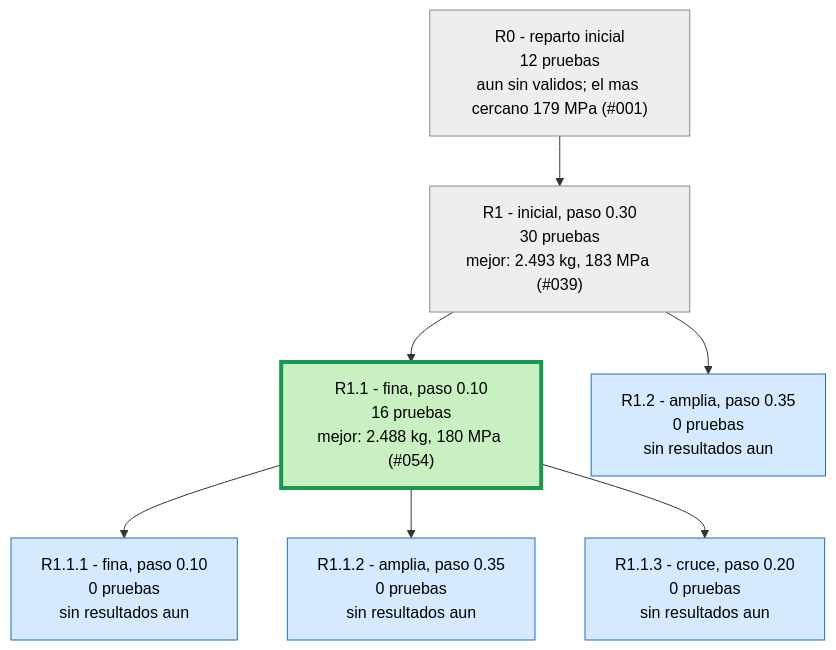
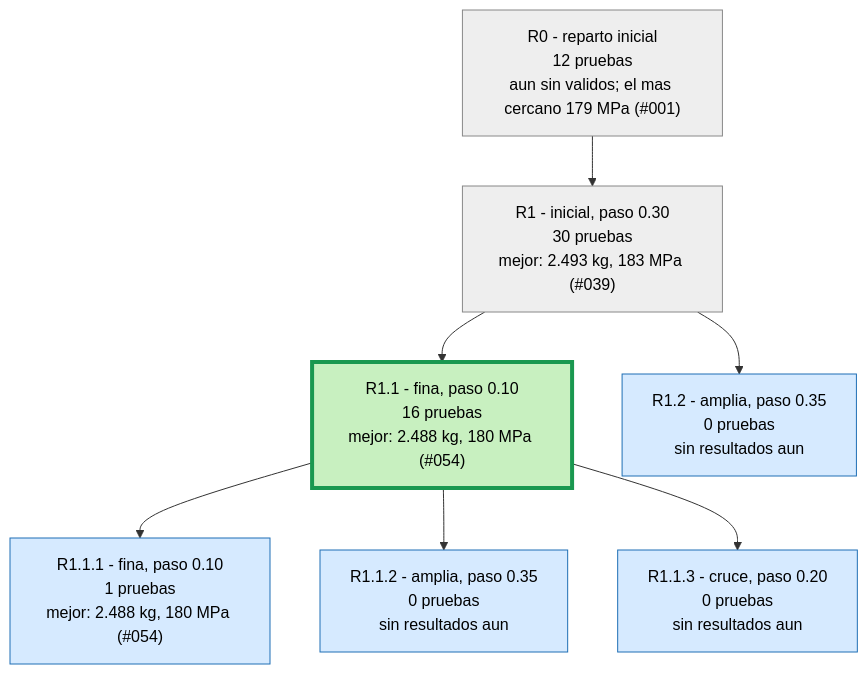
The second of 3 diagrams in runs/opt_37800N/ARBOL.md (Hugiko/msd-soporte-optimizacion), drawn with Mermaid before and after one commit. The commit also changed 21 other files, not shown here.

````diff
--- a/runs/opt_37800N/ARBOL.md
+++ b/runs/opt_37800N/ARBOL.md
@@ -21,19 +21,19 @@
 ```mermaid
 graph TD
 classDef activa fill:#d6eaff,stroke:#1f6fb5,color:#000
 classDef fin fill:#eeeeee,stroke:#888,color:#000
 classDef mejor fill:#c8f0c0,stroke:#1a9850,stroke-width:4px,color:#000
 R0["R0 - reparto inicial<br/>12 pruebas<br/>aun sin validos; el mas cercano 179 MPa (#001)"]:::fin
 R1["R1 - inicial, paso 0.30<br/>30 pruebas<br/>mejor: 2.493 kg, 183 MPa (#039)"]:::fin
 R0 --> R1
 R1_1["R1.1 - fina, paso 0.10<br/>16 pruebas<br/>mejor: 2.488 kg, 180 MPa (#054)"]:::mejor
 R1 --> R1_1
 R1_2["R1.2 - amplia, paso 0.35<br/>0 pruebas<br/>sin resultados aun"]:::activa
 R1 --> R1_2
-R1_1_1["R1.1.1 - fina, paso 0.10<br/>0 pruebas<br/>sin resultados aun"]:::activa
+R1_1_1["R1.1.1 - fina, paso 0.10<br/>1 pruebas<br/>mejor: 2.488 kg, 180 MPa (#054)"]:::activa
 R1_1 --> R1_1_1
 R1_1_2["R1.1.2 - amplia, paso 0.35<br/>0 pruebas<br/>sin resultados aun"]:::activa
 R1_1 --> R1_1_2
 R1_1_3["R1.1.3 - cruce, paso 0.20<br/>0 pruebas<br/>sin resultados aun"]:::activa
 R1_1 --> R1_1_3
 ```
````
